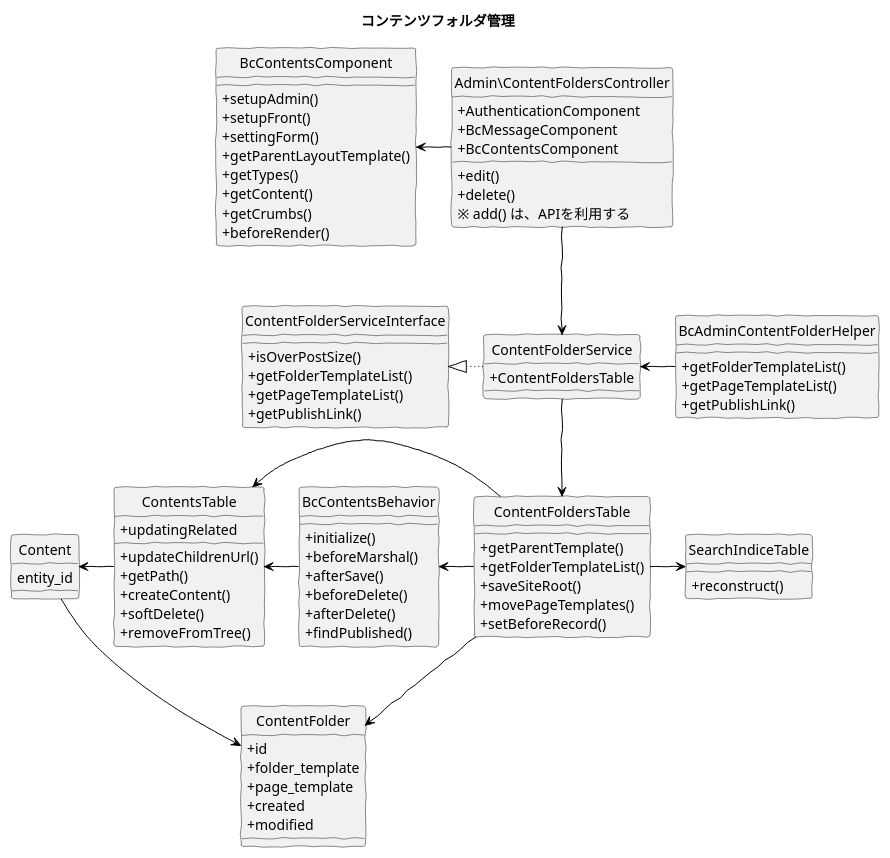
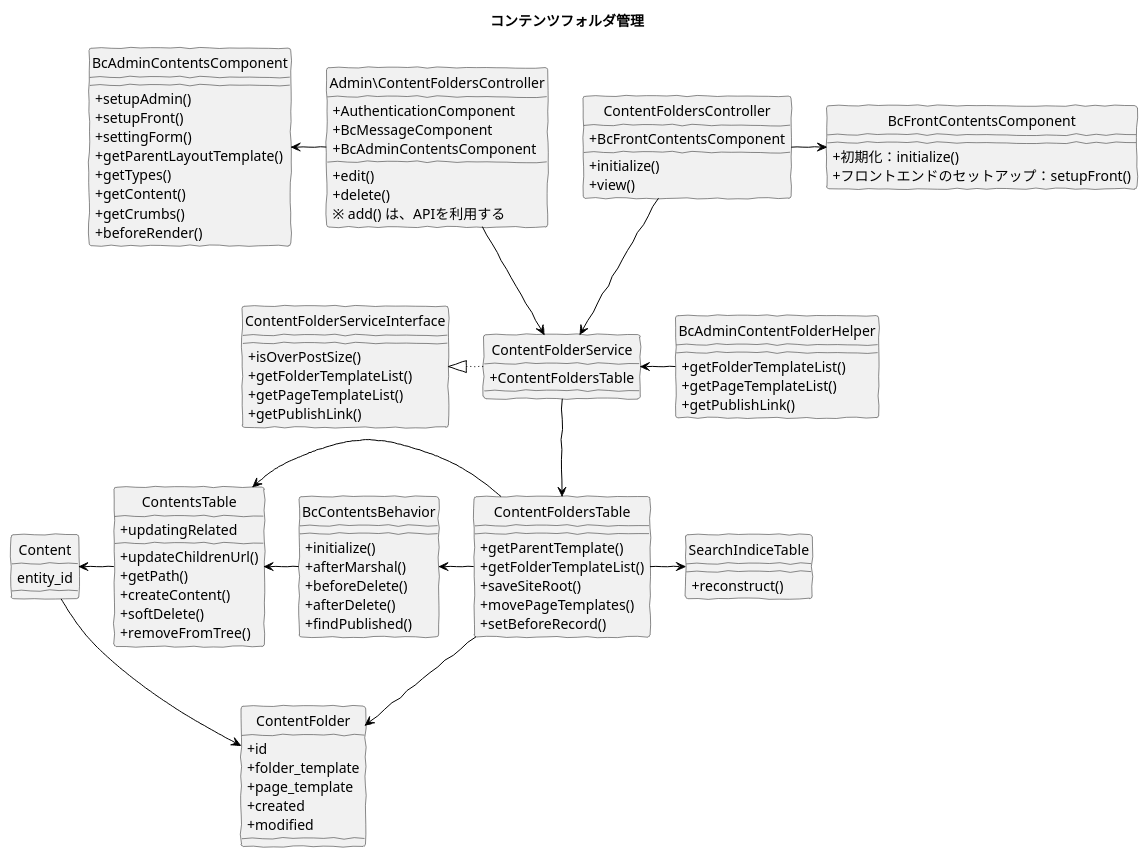
Before and after one commit to baserproject/baserproject.github.io: the diagram in src/puml/5/ucmitz/svg/class/manage_content_folders.puml, drawn with PlantUML. The commit also changed 8 other files, not shown here.

Commit message:
page, contentFolderのapi図追加

```diff
--- a/src/puml/5/ucmitz/svg/class/manage_content_folders.puml
+++ b/src/puml/5/ucmitz/svg/class/manage_content_folders.puml
@@ -1,107 +1,119 @@
 @startuml
 skinparam handwritten true
 skinparam backgroundColor white
 hide circle
 skinparam classAttributeIconSize 0
 
 title コンテンツフォルダ管理
 
-class BcContentsComponent {
+class BcAdminContentsComponent {
     + setupAdmin()
     + setupFront()
     + settingForm()
     + getParentLayoutTemplate()
     + getTypes()
     + getContent()
     + getCrumbs()
     + beforeRender()
 }
 
 class Admin\ContentFoldersController {
     + AuthenticationComponent
     + BcMessageComponent
-    + BcContentsComponent
+    + BcAdminContentsComponent
     + edit()
     + delete()
     ※ add() は、APIを利用する
+}
+
+class ContentFoldersController {
+    + BcFrontContentsComponent
+    + initialize()
+    + view()
+}
+
+class BcFrontContentsComponent {
+    + 初期化：initialize()
+    + フロントエンドのセットアップ：setupFront()
 }
 
 class BcAdminContentFolderHelper {
     + getFolderTemplateList()
     + getPageTemplateList()
     + getPublishLink()
 }
 
 class ContentFolderService {
     + ContentFoldersTable
 }
 
 class ContentFolderServiceInterface {
     + isOverPostSize()
     + getFolderTemplateList()
     + getPageTemplateList()
     + getPublishLink()
 }
 
 class ContentFoldersTable {
     + getParentTemplate()
     + getFolderTemplateList()
     + saveSiteRoot()
     + movePageTemplates()
     + setBeforeRecord()
 }
 
 class SearchIndiceTable {
     + reconstruct()
 }
 
 class ContentFolder {
     + id
     + folder_template
     + page_template
     + created
     + modified
 }
 
 class BcContentsBehavior {
     + initialize()
-    + beforeMarshal()
-    + afterSave()
+    + afterMarshal()
     + beforeDelete()
     + afterDelete()
     + findPublished()
 }
 
 class ContentsTable {
     + updatingRelated
     + updateChildrenUrl()
     + getPath()
     + createContent()
     + softDelete()
     + removeFromTree()
 }
 
 class Content {
 	entity_id
 }
 
-Admin\ContentFoldersController -left[#Black]-> BcContentsComponent
+Admin\ContentFoldersController -left[#Black]-> BcAdminContentsComponent
+ContentFoldersController -right[#Black]-> BcFrontContentsComponent
 Admin\ContentFoldersController -down[#Black]-> ContentFolderService
+ContentFoldersController -down[#Black]-> ContentFolderService
 
 BcAdminContentFolderHelper -left[#Black]-> ContentFolderService
 
 ContentFolderService -left[dotted,#Black]-|> ContentFolderServiceInterface
 ContentFolderService -down[#Black]-> ContentFoldersTable
 
 ContentFoldersTable -right[#Black]-> SearchIndiceTable
 ContentFoldersTable -left[#Black]-> BcContentsBehavior
 ContentFoldersTable -left[#Black]-> ContentsTable
 ContentFoldersTable -down[#Black]-> ContentFolder
 
 BcContentsBehavior -left[#Black]-> ContentsTable
 
 ContentsTable -left[#Black]-> Content
 
 ContentFolder <-[#Black]- Content
 
 @enduml
```
